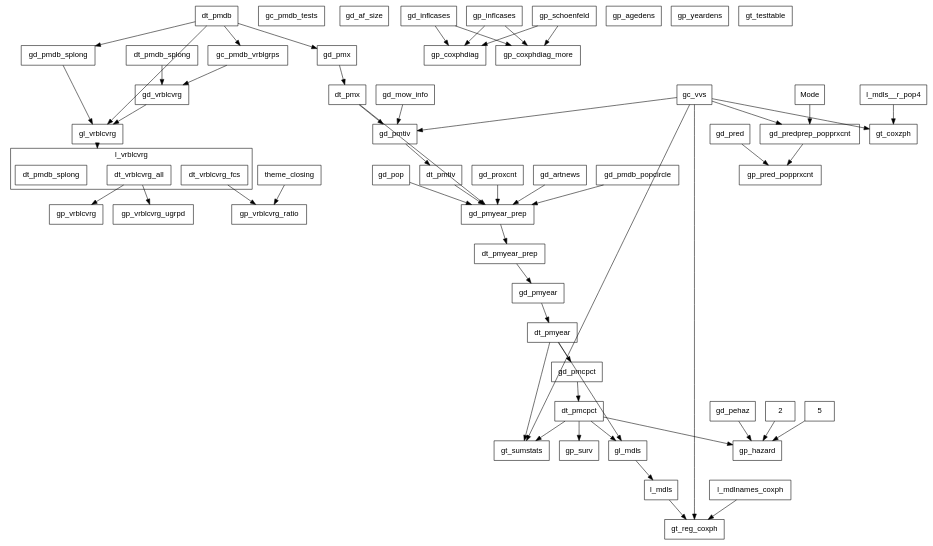
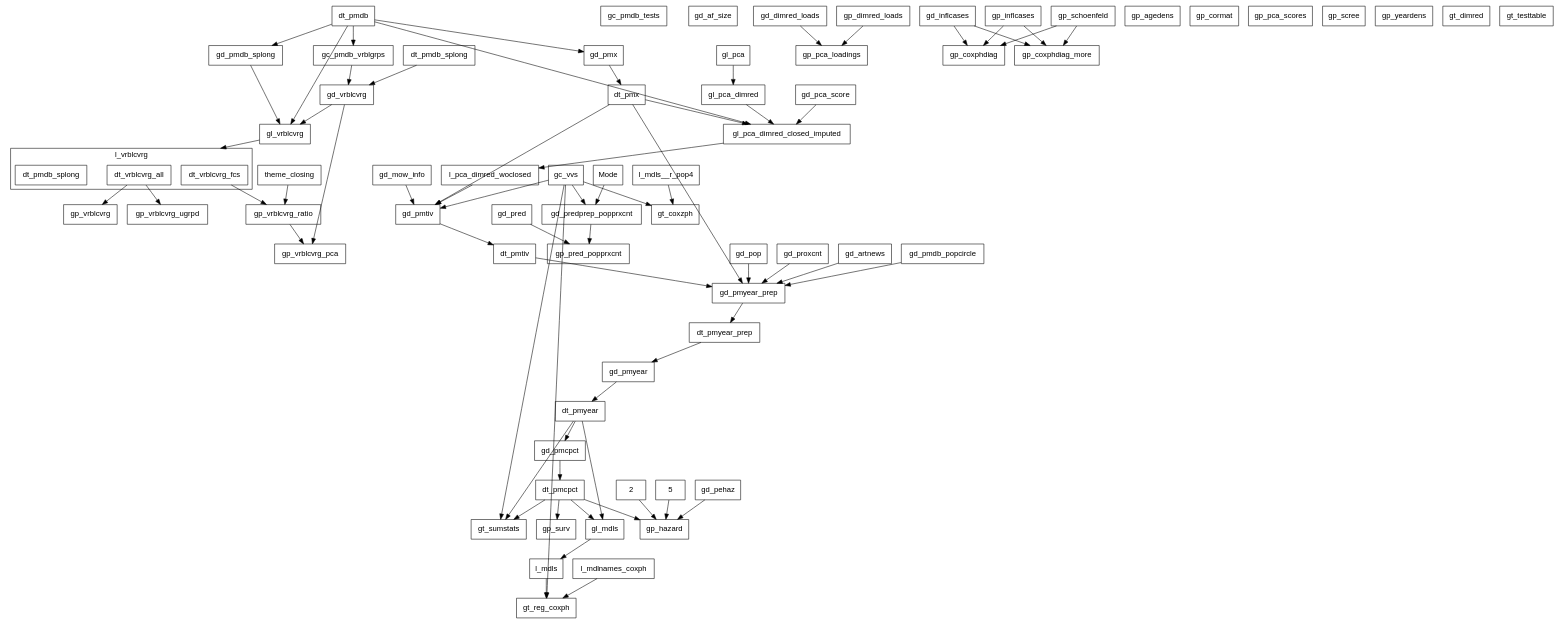
Before and after one commit to swhalemwo/pm_closing: the diagram in misc/callgraph2.dot, drawn with Graphviz. The commit also changed 6 other files, not shown here.

First line of the commit message:
re-integrate size PCs/dimred into pipeline: loadings based on open PMs

```diff
--- a/misc/callgraph2.dot
+++ b/misc/callgraph2.dot
@@ -1,120 +1,144 @@
 digraph D {
  compound = true;
  splines = false; fontname=helvetica;
  node [shape=box, fontsize = 14, fontname=helvetica];
  edge [style = solid];
  
  subgraph cluster_l_vrblcvrg {
  label = "l_vrblcvrg";
  l_vrblcvrg__dt_vrblcvrg_all [label=dt_vrblcvrg_all]; 
 l_vrblcvrg__dt_vrblcvrg_fcs [label=dt_vrblcvrg_fcs]; 
 l_vrblcvrg [label = "", color=transparent, width=0, height=0]; 
 l_vrblcvrg__dt_pmdb_splong [label=dt_pmdb_splong] 
 } 
  gc_pmdb_tests; 
 gc_pmdb_vrblgrps; 
 gc_vvs; 
 gd_af_size; 
 gd_artnews; 
+gd_dimred_loads; 
 gd_inflcases; 
 gd_mow_info; 
+gd_pca_score; 
 gd_pehaz; 
 gd_pmcpct; 
 gd_pmdb_popcircle; 
 gd_pmdb_splong; 
 gd_pmtiv; 
 gd_pmx; 
 gd_pmyear; 
 gd_pmyear_prep; 
 gd_pop; 
 gd_pred; 
 gd_predprep_popprxcnt; 
 gd_proxcnt; 
 gd_vrblcvrg; 
 gl_mdls; 
+gl_pca; 
+gl_pca_dimred; 
+gl_pca_dimred_closed_imputed; 
 gl_vrblcvrg; 
 gp_agedens; 
+gp_cormat; 
 gp_coxphdiag; 
 gp_coxphdiag_more; 
+gp_dimred_loads; 
 gp_hazard; 
 gp_inflcases; 
+gp_pca_loadings; 
+gp_pca_scores; 
 gp_pred_popprxcnt; 
 gp_schoenfeld; 
+gp_scree; 
 gp_surv; 
 gp_vrblcvrg; 
+gp_vrblcvrg_pca; 
 gp_vrblcvrg_ratio; 
 gp_vrblcvrg_ugrpd; 
 gp_yeardens; 
 gt_coxzph; 
+gt_dimred; 
 gt_reg_coxph; 
 gt_sumstats; 
 gt_testtable; 
 Mode; 
 theme_closing; 
 dt_pmdb; 
 dt_pmdb_splong; 
 dt_pmx; 
+l_pca_dimred_woclosed; 
 dt_pmtiv; 
 dt_pmyear_prep; 
 dt_pmyear; 
 dt_pmcpct; 
 2; 
 5; 
 l_mdls__r_pop4; 
 l_mdls; 
 l_mdlnames_coxph 
  2 -> gp_hazard; 
 5 -> gp_hazard; 
 Mode -> gd_predprep_popprxcnt; 
 dt_pmcpct -> gl_mdls; 
 dt_pmcpct -> gp_hazard; 
 dt_pmcpct -> gp_surv; 
 dt_pmcpct -> gt_sumstats; 
 dt_pmdb -> gc_pmdb_vrblgrps; 
 dt_pmdb -> gd_pmdb_splong; 
 dt_pmdb -> gd_pmx; 
+dt_pmdb -> gl_pca_dimred_closed_imputed; 
 dt_pmdb -> gl_vrblcvrg; 
 dt_pmdb_splong -> gd_vrblcvrg; 
 dt_pmtiv -> gd_pmyear_prep; 
 dt_pmx -> gd_pmtiv; 
 dt_pmx -> gd_pmyear_prep; 
+dt_pmx -> gl_pca_dimred_closed_imputed; 
 dt_pmyear -> gd_pmcpct; 
 dt_pmyear -> gl_mdls; 
 dt_pmyear -> gt_sumstats; 
 dt_pmyear_prep -> gd_pmyear; 
 gc_pmdb_vrblgrps -> gd_vrblcvrg; 
 gc_vvs -> gd_pmtiv; 
 gc_vvs -> gd_predprep_popprxcnt; 
 gc_vvs -> gt_coxzph; 
 gc_vvs -> gt_reg_coxph; 
 gc_vvs -> gt_sumstats; 
 gd_artnews -> gd_pmyear_prep; 
+gd_dimred_loads -> gp_pca_loadings; 
 gd_inflcases -> gp_coxphdiag; 
 gd_inflcases -> gp_coxphdiag_more; 
 gd_mow_info -> gd_pmtiv; 
+gd_pca_score -> gl_pca_dimred_closed_imputed; 
 gd_pehaz -> gp_hazard; 
 gd_pmcpct -> dt_pmcpct; 
 gd_pmdb_popcircle -> gd_pmyear_prep; 
 gd_pmdb_splong -> gl_vrblcvrg; 
 gd_pmtiv -> dt_pmtiv; 
 gd_pmx -> dt_pmx; 
 gd_pmyear -> dt_pmyear; 
 gd_pmyear_prep -> dt_pmyear_prep; 
 gd_pop -> gd_pmyear_prep; 
 gd_pred -> gp_pred_popprxcnt; 
 gd_predprep_popprxcnt -> gp_pred_popprxcnt; 
 gd_proxcnt -> gd_pmyear_prep; 
 gd_vrblcvrg -> gl_vrblcvrg; 
+gd_vrblcvrg -> gp_vrblcvrg_pca; 
 gl_mdls -> l_mdls; 
+gl_pca -> gl_pca_dimred; 
+gl_pca_dimred -> gl_pca_dimred_closed_imputed; 
+gl_pca_dimred_closed_imputed -> l_pca_dimred_woclosed; 
 gl_vrblcvrg -> l_vrblcvrg[lhead=cluster_l_vrblcvrg,ltail=gl_vrblcvrg]; 
+gp_dimred_loads -> gp_pca_loadings; 
 gp_inflcases -> gp_coxphdiag; 
 gp_inflcases -> gp_coxphdiag_more; 
 gp_schoenfeld -> gp_coxphdiag; 
 gp_schoenfeld -> gp_coxphdiag_more; 
+gp_vrblcvrg_ratio -> gp_vrblcvrg_pca; 
 l_mdlnames_coxph -> gt_reg_coxph; 
 l_mdls -> gt_reg_coxph; 
 l_mdls__r_pop4 -> gt_coxzph; 
+l_pca_dimred_woclosed -> gd_pmtiv; 
 l_vrblcvrg__dt_vrblcvrg_all -> gp_vrblcvrg; 
 l_vrblcvrg__dt_vrblcvrg_all -> gp_vrblcvrg_ugrpd; 
 l_vrblcvrg__dt_vrblcvrg_fcs -> gp_vrblcvrg_ratio; 
 theme_closing -> gp_vrblcvrg_ratio }
```
